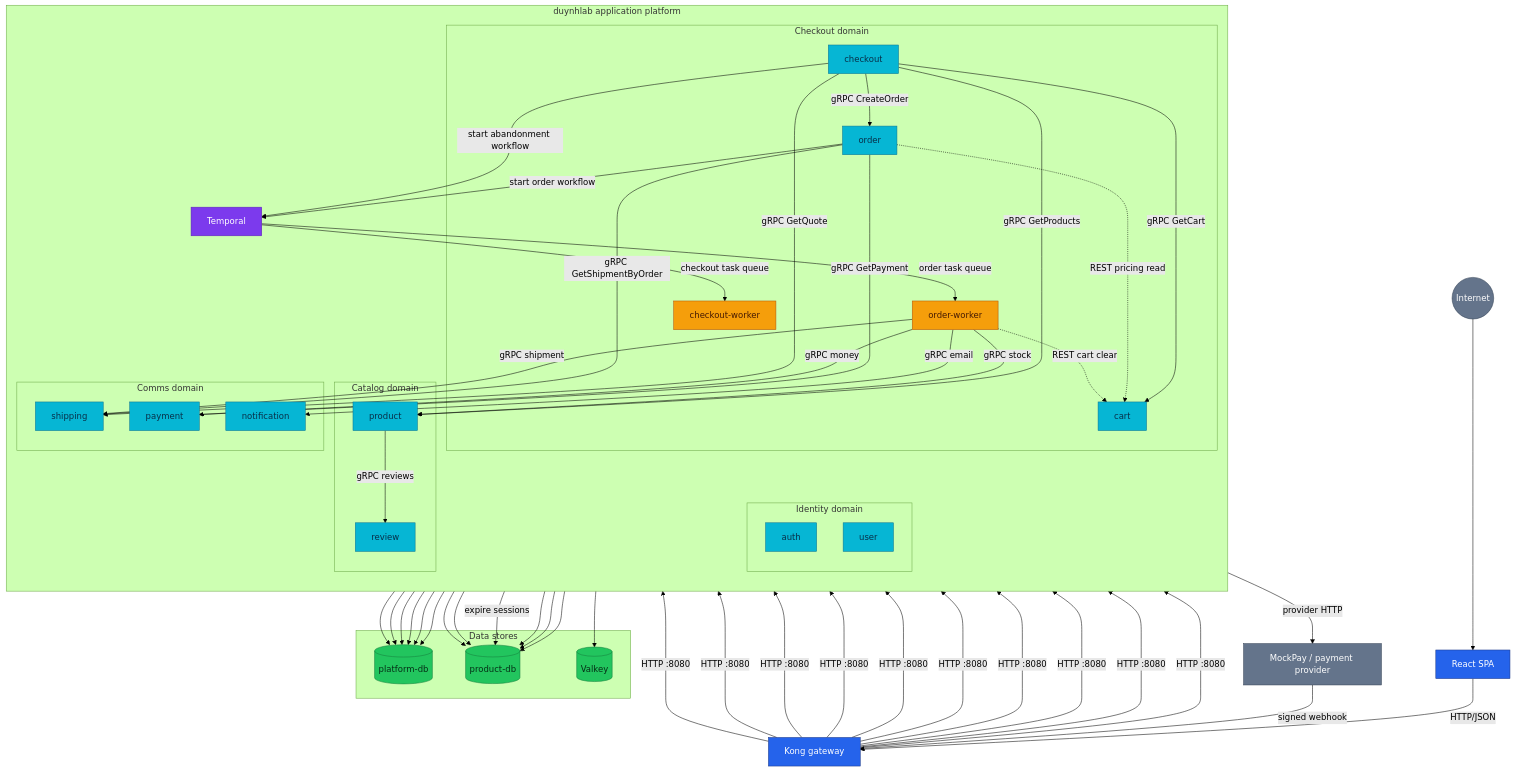
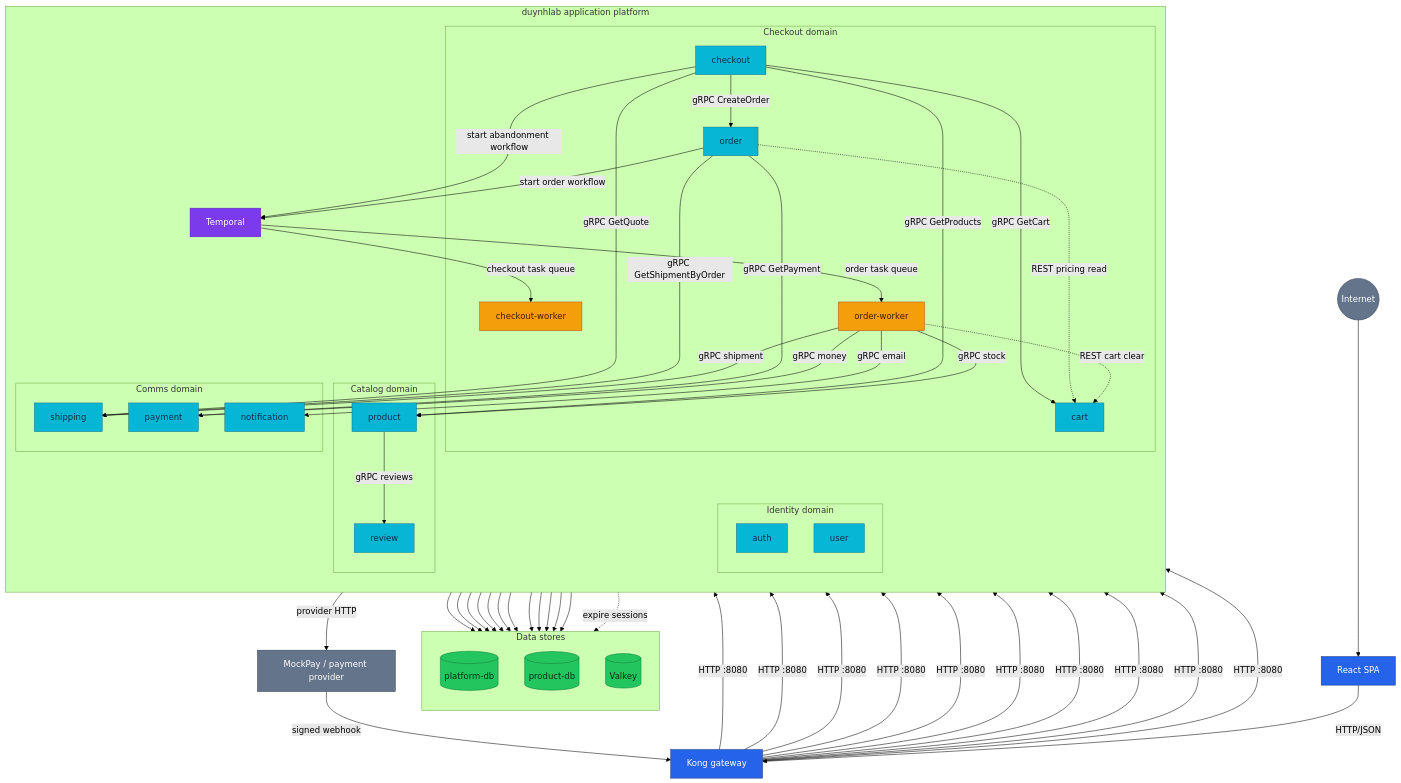
The first of 10 diagrams in docs/api/api.md (duynhlab/homelab), drawn with Mermaid (forest theme) before and after one commit. The commit also changed other lines of this file and 2 other files, not shown here.

Commit message:
Expand API docs local-stack and topology snapshot (#584)
Align microservices.md §2 with compose.yaml (workers, Temporal,
mockpay, gRPC ports), fix checkout P5 status, and refresh gaps.
Redraw api.md platform topology top-down with complete product-db
edges.

````diff
--- a/docs/api/api.md
+++ b/docs/api/api.md
@@ -33,19 +33,30 @@
 ```mermaid
 flowchart TB
-    Internet((Internet)) --> Browser["React SPA"]
+    %% ===== Layer 1: External actors =====
+    Internet((Internet))
+    Provider["MockPay / payment provider"]
+
+    %% ===== Layer 2: Client =====
+    Internet --> Browser["React SPA"]
+
+    %% ===== Layer 3: Gateway =====
     Browser -->|"HTTP/JSON"| Kong["Kong gateway"]
-    Provider["MockPay / payment provider"] -->|"signed webhook"| Kong
+    Provider -->|"signed webhook"| Kong
 
+    %% ===== Layer 4: Application platform =====
     subgraph Platform["duynhlab application platform"]
         direction TB
+
         subgraph Identity["Identity domain"]
             Auth["auth"]
             User["user"]
         end
+
         subgraph Catalog["Catalog domain"]
             Product["product"]
             Review["review"]
         end
+
         subgraph CheckoutDomain["Checkout domain"]
             Cart["cart"]
             Checkout["checkout"]
@@ -53,14 +64,17 @@
             CheckoutWorker["checkout-worker"]
             OrderWorker["order-worker"]
         end
+
         subgraph Comms["Comms domain"]
             Shipping["shipping"]
             Payment["payment"]
             Notification["notification"]
         end
+
         Temporal["Temporal"]
     end
 
+    %% Kong -> domain entry points
     Kong -->|"HTTP :8080"| Auth
     Kong -->|"HTTP :8080"| User
     Kong -->|"HTTP :8080"| Product
@@ -72,6 +86,7 @@
     Kong -->|"HTTP :8080"| Payment
     Kong -->|"HTTP :8080"| Notification
 
+    %% Synchronous cross-service calls
     Product -->|"gRPC reviews"| Review
     Checkout -->|"gRPC GetCart"| Cart
     Checkout -->|"gRPC GetProducts"| Product
@@ -79,36 +94,45 @@
     Checkout -->|"gRPC CreateOrder"| Order
     Order -->|"gRPC GetShipmentByOrder"| Shipping
     Order -->|"gRPC GetPayment"| Payment
+    Order -.->|"REST pricing read"| Cart
+
+    %% Async / workflow layer
+    Checkout -->|"start abandonment workflow"| Temporal
     Order -->|"start order workflow"| Temporal
+    Temporal -->|"checkout task queue"| CheckoutWorker
     Temporal -->|"order task queue"| OrderWorker
-    Checkout -->|"start abandonment workflow"| Temporal
-    Temporal -->|"checkout task queue"| CheckoutWorker
+
     OrderWorker -->|"gRPC stock"| Product
     OrderWorker -->|"gRPC shipment"| Shipping
     OrderWorker -->|"gRPC money"| Payment
     OrderWorker -->|"gRPC email"| Notification
-    Order -.->|"REST pricing read"| Cart
     OrderWorker -.->|"REST cart clear"| Cart
+
+    %% Outbound call to external payment provider
     Payment -->|"provider HTTP"| Provider
 
+    %% ===== Layer 5: Data stores =====
     subgraph Data["Data stores"]
+        direction TB
         PlatformDB[("platform-db")]
         ProductDB[("product-db")]
         Valkey[("Valkey")]
     end
+
     Auth --> PlatformDB
-    Product --> ProductDB
-    Cart --> ProductDB
-    Checkout --> ProductDB
-    CheckoutWorker -->|"expire sessions"| ProductDB
-    Order --> ProductDB
-    Payment --> ProductDB
     User --> PlatformDB
     Review --> PlatformDB
     Shipping --> PlatformDB
     Notification --> PlatformDB
+    Temporal --> PlatformDB
+
+    Product --> ProductDB
     Product --> Valkey
-    Temporal --> PlatformDB
+    Cart --> ProductDB
+    Checkout --> ProductDB
+    Order --> ProductDB
+    Payment --> ProductDB
+    CheckoutWorker -.->|"expire sessions"| ProductDB
 
     classDef edge fill:#2563eb,color:#fff,stroke:#1e3a8a;
     classDef service fill:#06b6d4,color:#082f49,stroke:#0e7490;
````
